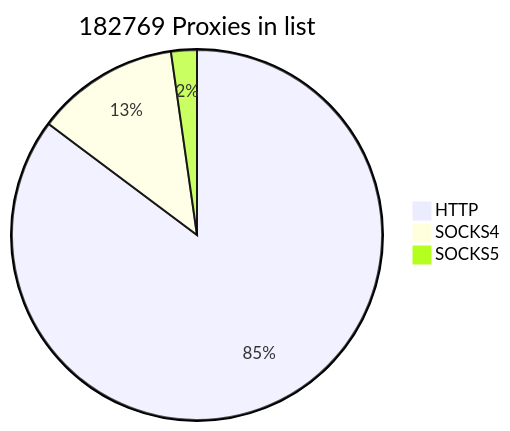
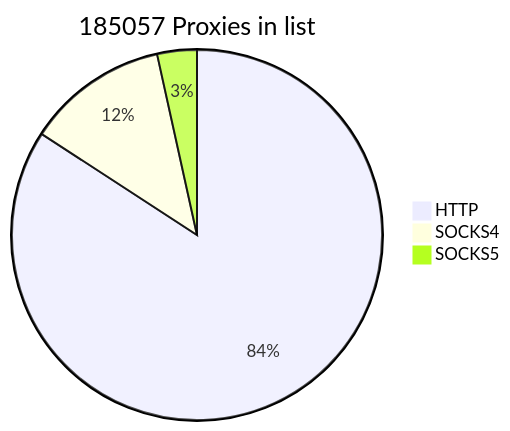
The first of 2 diagrams in README.md (cutipu/proxylist), drawn with Mermaid before and after one commit. The commit also changed other lines of this file, not shown here.

````diff
--- a/README.md
+++ b/README.md
@@ -2,7 +2,7 @@
 ```mermaid
-pie title 182769 Proxies in list
-    "HTTP" : 155773
-    "SOCKS4" : 22881
-    "SOCKS5" : 4115
+pie title 185057 Proxies in list
+    "HTTP" : 155772
+    "SOCKS4" : 22884
+    "SOCKS5" : 6401
             
 ```
````
